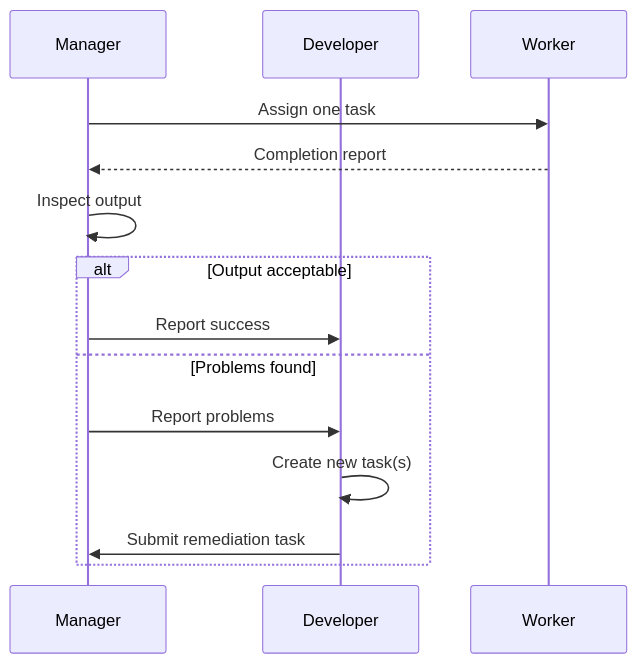
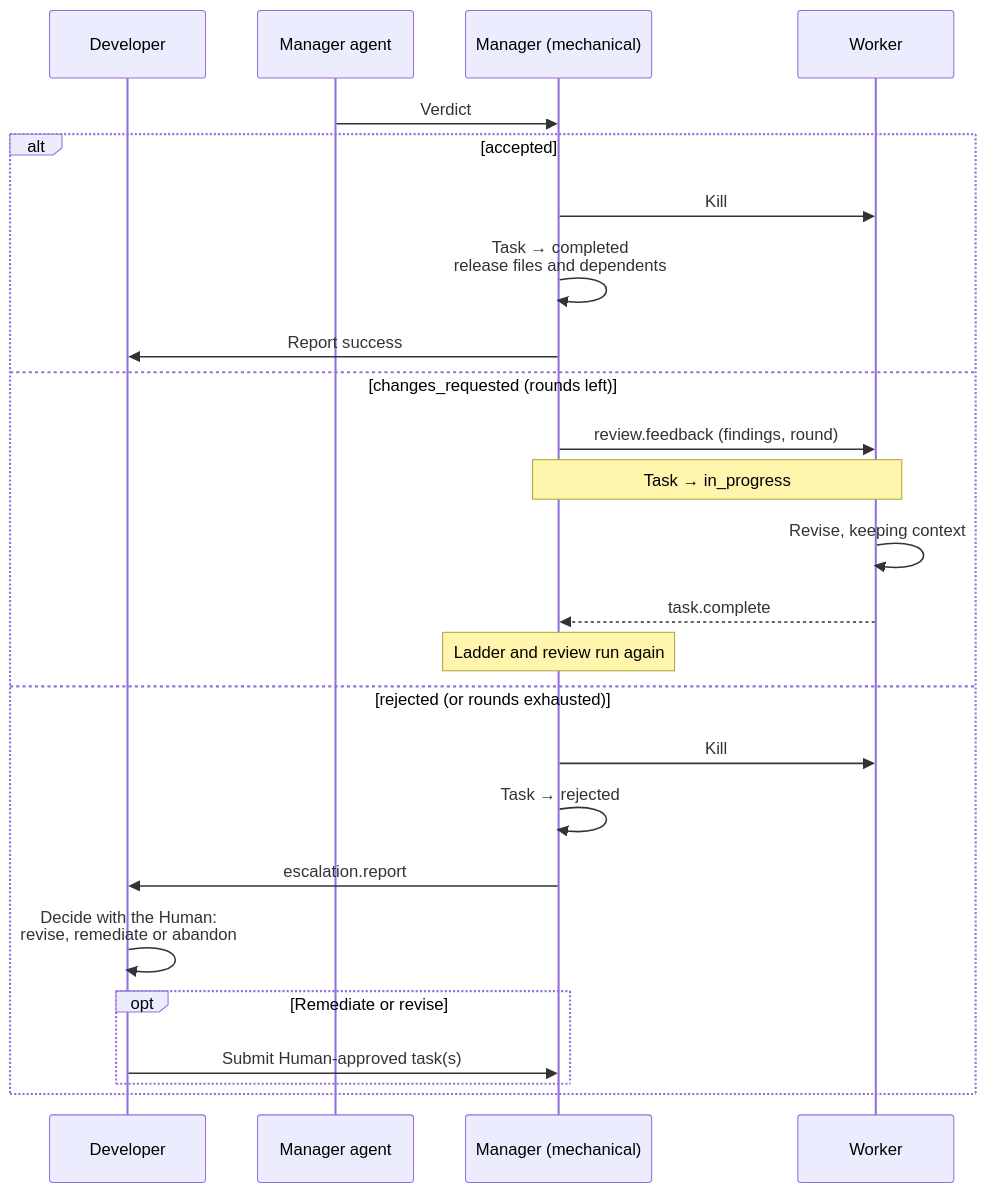
Before and after one commit to codekalakaars/vajra: the third of 4 diagrams in docs/system-roles/README.md, drawn with Mermaid. The commit also changed other lines of this file and 30 other files, not shown here.

````diff
--- a/docs/system-roles/README.md
+++ b/docs/system-roles/README.md
@@ -100,18 +107,29 @@
 ```mermaid
 sequenceDiagram
-    participant M as Manager
     participant D as Developer
+    participant MA as Manager agent
+    participant MM as Manager (mechanical)
     participant W as Worker
 
-    M->>W: Assign one task
-    W-->>M: Completion report
-    M->>M: Inspect output
+    MA->>MM: Verdict
 
-    alt Output acceptable
-        M->>D: Report success
-    else Problems found
-        M->>D: Report problems
-        D->>D: Create new task(s)
-        D->>M: Submit remediation task
+    alt accepted
+        MM->>W: Kill
+        MM->>MM: Task → completed<br/>release files and dependents
+        MM->>D: Report success
+    else changes_requested (rounds left)
+        MM->>W: review.feedback (findings, round)
+        Note over MM,W: Task → in_progress
+        W->>W: Revise, keeping context
+        W-->>MM: task.complete
+        Note over MM: Ladder and review run again
+    else rejected (or rounds exhausted)
+        MM->>W: Kill
+        MM->>MM: Task → rejected
+        MM->>D: escalation.report
+        D->>D: Decide with the Human:<br/>revise, remediate or abandon
+        opt Remediate or revise
+            D->>MM: Submit Human-approved task(s)
+        end
     end
 ```
````
